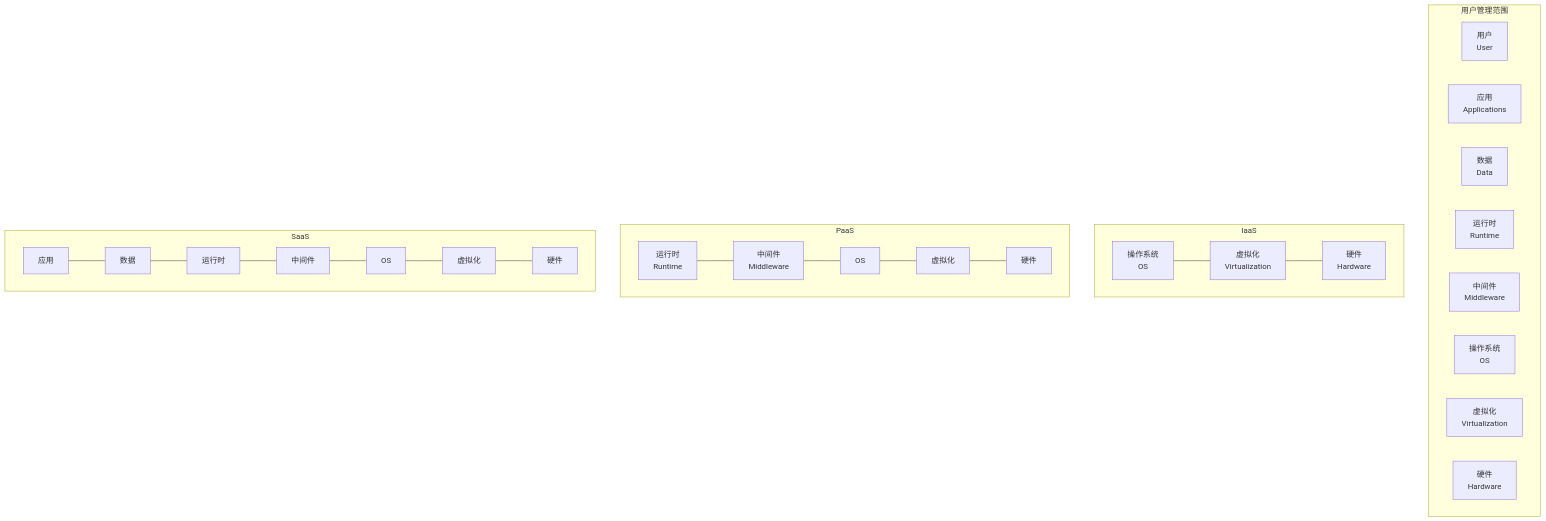
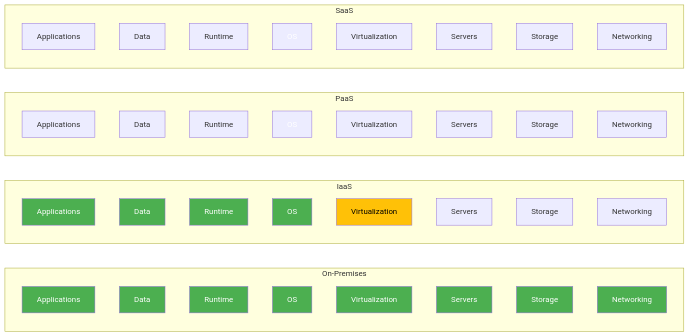
One commit to Tianshang301/TianshangKnowledgeBase changed the diagram in 05_ComputerScience/CloudComputingAndDistributedSystems/CloudComputing.md. Above: the diagram before and after it, drawn with Mermaid. The commit also changed other lines of this file and 2257 other files, not shown here.

````diff
--- a/05_ComputerScience/CloudComputingAndDistributedSystems/CloudComputing.md
+++ b/05_ComputerScience/CloudComputingAndDistributedSystems/CloudComputing.md
@@ -58,22 +44,58 @@
 ```mermaid
-flowchart TD
-  subgraph 用户管理范围
-    A[用户<br/>User]
-    B[应用<br/>Applications]
-    C[数据<br/>Data]
-    D[运行时<br/>Runtime]
-    E[中间件<br/>Middleware]
-    F[操作系统<br/>OS]
-    G[虚拟化<br/>Virtualization]
-    H[硬件<br/>Hardware]
-  end
-  subgraph IaaS
-    F2[操作系统<br/>OS] --- G2[虚拟化<br/>Virtualization] --- H2[硬件<br/>Hardware]
-  end
-  subgraph PaaS
-    D3[运行时<br/>Runtime] --- E3[中间件<br/>Middleware] --- F3[OS] --- G3[虚拟化] --- H3[硬件]
-  end
-  subgraph SaaS
-    B4[应用] --- C4[数据] --- D4[运行时] --- E4[中间件] --- F4[OS] --- G4[虚拟化] --- H4[硬件]
-  end
+graph LR
+    subgraph On-Premises
+        A1[Applications]
+        A2[Data]
+        A3[Runtime]
+        A4[OS]
+        A5[Virtualization]
+        A6[Servers]
+        A7[Storage]
+        A8[Networking]
+    end
+    subgraph IaaS
+        B1[Applications]
+        B2[Data]
+        B3[Runtime]
+        B4[OS]
+        B5[Virtualization]
+        B6[Servers]
+        B7[Storage]
+        B8[Networking]
+    end
+    subgraph PaaS
+        C1[Applications]
+        C2[Data]
+        C3[Runtime]
+        C4[OS]
+        C5[Virtualization]
+        C6[Servers]
+        C7[Storage]
+        C8[Networking]
+    end
+    subgraph SaaS
+        D1[Applications]
+        D2[Data]
+        D3[Runtime]
+        D4[OS]
+        D5[Virtualization]
+        D6[Servers]
+        D7[Storage]
+        D8[Networking]
+    end
+    style A1 fill:#4CAF50,color:#fff
+    style A2 fill:#4CAF50,color:#fff
+    style A3 fill:#4CAF50,color:#fff
+    style A4 fill:#4CAF50,color:#fff
+    style A5 fill:#4CAF50,color:#fff
+    style A6 fill:#4CAF50,color:#fff
+    style A7 fill:#4CAF50,color:#fff
+    style A8 fill:#4CAF50,color:#fff
+    style B1 fill:#4CAF50,color:#fff
+    style B2 fill:#4CAF50,color:#fff
+    style B3 fill:#4CAF50,color:#fff
+    style B4 fill:#4CAF50,color:#fff
+    style B5 fill:#FFC107,color:#000
+    style C4 color:#fff
+    style D4 color:#fff
 ```
````
